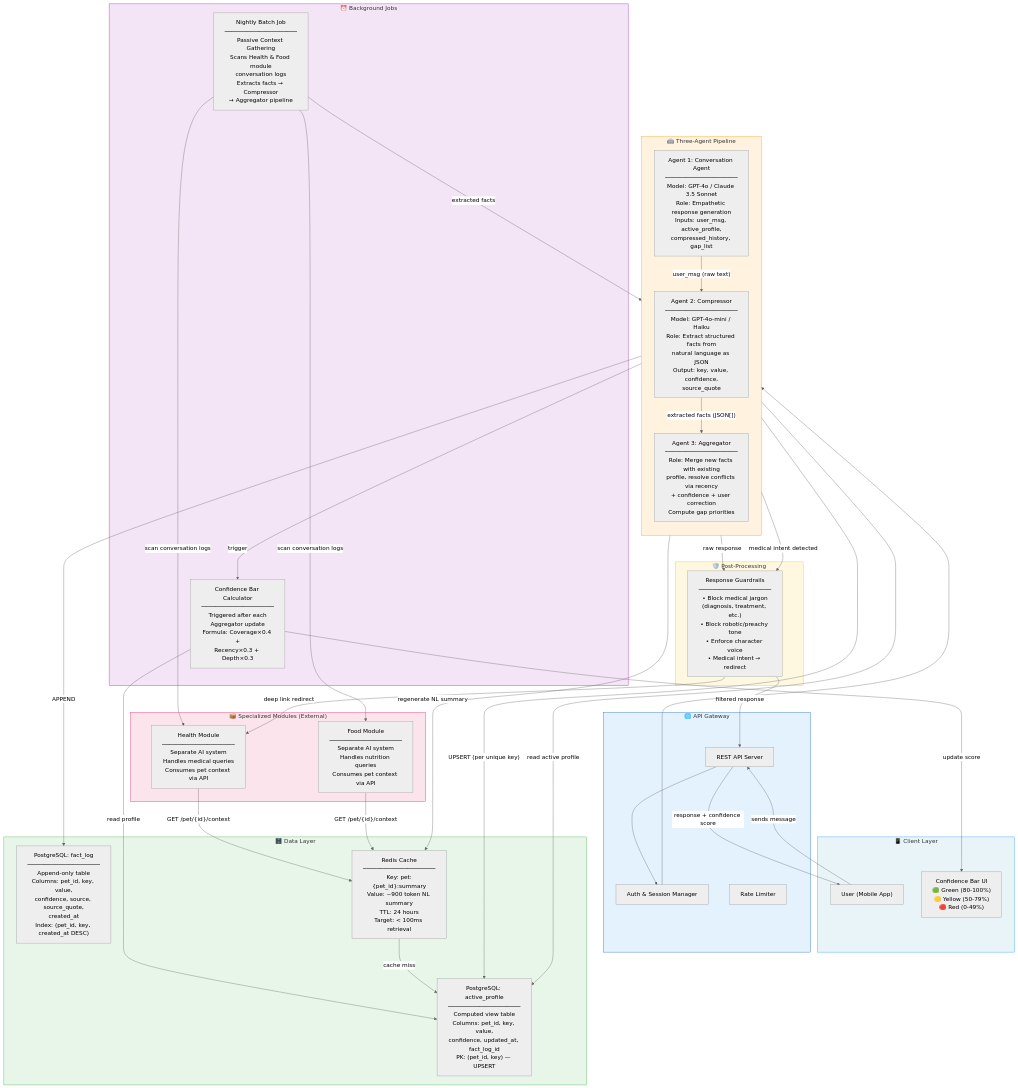
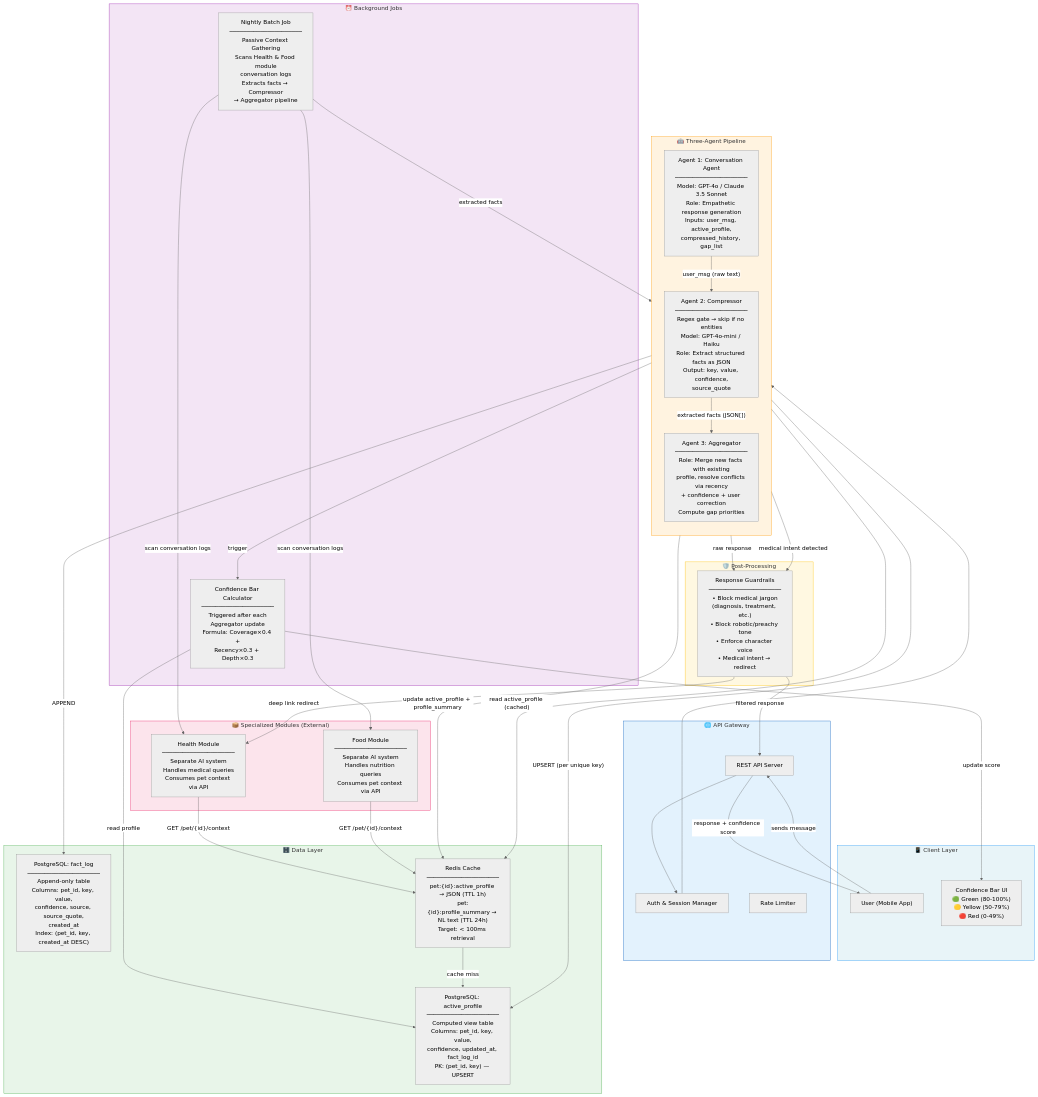
One commit to sonuMehta12/Stream_segmenter changed the first of 5 diagrams in AI_chatbot.md. Above: the diagram before and after it, drawn with Mermaid (neutral theme). The commit also changed other lines of this file, not shown here.

````diff
--- a/AI_chatbot.md
+++ b/AI_chatbot.md
@@ -49,72 +51,72 @@
 ```mermaid
 graph TB
     subgraph CLIENT["📱 Client Layer"]
         USER["User (Mobile App)"]
         CB["Confidence Bar UI<br/>🟢 Green (80-100%)<br/>🟡 Yellow (50-79%)<br/>🔴 Red (0-49%)"]
     end
 
     subgraph GATEWAY["🌐 API Gateway"]
         API["REST API Server"]
         AUTH["Auth & Session Manager"]
         RATELIMIT["Rate Limiter"]
     end
 
     subgraph AGENTS["🤖 Three-Agent Pipeline"]
         direction TB
         A1["Agent 1: Conversation Agent<br/>─────────────────────<br/>Model: GPT-4o / Claude 3.5 Sonnet<br/>Role: Empathetic response generation<br/>Inputs: user_msg, active_profile,<br/>compressed_history, gap_list"]
-        A2["Agent 2: Compressor<br/>─────────────────────<br/>Model: GPT-4o-mini / Haiku<br/>Role: Extract structured facts from<br/>natural language as JSON<br/>Output: key, value, confidence,<br/>source_quote"]
+        A2["Agent 2: Compressor<br/>─────────────────────<br/>Regex gate → skip if no entities<br/>Model: GPT-4o-mini / Haiku<br/>Role: Extract structured facts as JSON<br/>Output: key, value, confidence,<br/>source_quote"]
         A3["Agent 3: Aggregator<br/>─────────────────────<br/>Role: Merge new facts with existing<br/>profile, resolve conflicts via recency<br/>+ confidence + user correction<br/>Compute gap priorities"]
     end
 
     subgraph DATA["🗄️ Data Layer"]
         PG_LOG["PostgreSQL: fact_log<br/>─────────────────────<br/>Append-only table<br/>Columns: pet_id, key, value,<br/>confidence, source, source_quote,<br/>created_at<br/>Index: (pet_id, key, created_at DESC)"]
         PG_PROFILE["PostgreSQL: active_profile<br/>─────────────────────<br/>Computed view table<br/>Columns: pet_id, key, value,<br/>confidence, updated_at, fact_log_id<br/>PK: (pet_id, key) — UPSERT"]
-        REDIS["Redis Cache<br/>─────────────────────<br/>Key: pet:{pet_id}:summary<br/>Value: ~900 token NL summary<br/>TTL: 24 hours<br/>Target: < 100ms retrieval"]
+        REDIS["Redis Cache<br/>─────────────────────<br/>pet:{id}:active_profile → JSON (TTL 1h)<br/>pet:{id}:profile_summary → NL text (TTL 24h)<br/>Target: < 100ms retrieval"]
     end
 
     subgraph MODULES["📦 Specialized Modules (External)"]
         HEALTH["Health Module<br/>─────────────────────<br/>Separate AI system<br/>Handles medical queries<br/>Consumes pet context via API"]
         FOOD["Food Module<br/>─────────────────────<br/>Separate AI system<br/>Handles nutrition queries<br/>Consumes pet context via API"]
     end
 
     subgraph BATCH["⏰ Background Jobs"]
         NIGHTLY["Nightly Batch Job<br/>─────────────────────<br/>Passive Context Gathering<br/>Scans Health & Food module<br/>conversation logs<br/>Extracts facts → Compressor<br/>→ Aggregator pipeline"]
         CONFCALC["Confidence Bar Calculator<br/>─────────────────────<br/>Triggered after each<br/>Aggregator update<br/>Formula: Coverage×0.4 +<br/>Recency×0.3 + Depth×0.3"]
     end
 
     subgraph FILTERS["🛡️ Post-Processing"]
         GUARD["Response Guardrails<br/>─────────────────────<br/>• Block medical jargon<br/>(diagnosis, treatment, etc.)<br/>• Block robotic/preachy tone<br/>• Enforce character voice<br/>• Medical intent → redirect"]
     end
 
     USER -->|"sends message"| API
     API --> AUTH
     AUTH --> A1
     A1 -->|"user_msg (raw text)"| A2
     A2 -->|"extracted facts (JSON[])"| A3
     A3 -->|"APPEND"| PG_LOG
     A3 -->|"UPSERT (per unique key)"| PG_PROFILE
     A3 -->|"trigger"| CONFCALC
     CONFCALC -->|"read profile"| PG_PROFILE
     CONFCALC -->|"update score"| CB
-    A3 -->|"regenerate NL summary"| REDIS
-    A1 -->|"read active profile"| PG_PROFILE
+    A3 -->|"update active_profile + profile_summary"| REDIS
+    A1 -->|"read active_profile (cached)"| REDIS
     A1 -->|"raw response"| GUARD
     GUARD -->|"filtered response"| API
     API -->|"response + confidence score"| USER
     HEALTH -->|"GET /pet/{id}/context"| REDIS
     FOOD -->|"GET /pet/{id}/context"| REDIS
     REDIS -->|"cache miss"| PG_PROFILE
     NIGHTLY -->|"scan conversation logs"| HEALTH
     NIGHTLY -->|"scan conversation logs"| FOOD
     NIGHTLY -->|"extracted facts"| A2
     A1 -->|"medical intent detected"| GUARD
     GUARD -->|"deep link redirect"| HEALTH
 
     style CLIENT fill:#e8f4f8,stroke:#2196F3
     style AGENTS fill:#fff3e0,stroke:#FF9800
     style DATA fill:#e8f5e9,stroke:#4CAF50
     style MODULES fill:#fce4ec,stroke:#E91E63
     style BATCH fill:#f3e5f5,stroke:#9C27B0
     style FILTERS fill:#fff8e1,stroke:#FFC107
     style GATEWAY fill:#e3f2fd,stroke:#1565C0
 ```
````
